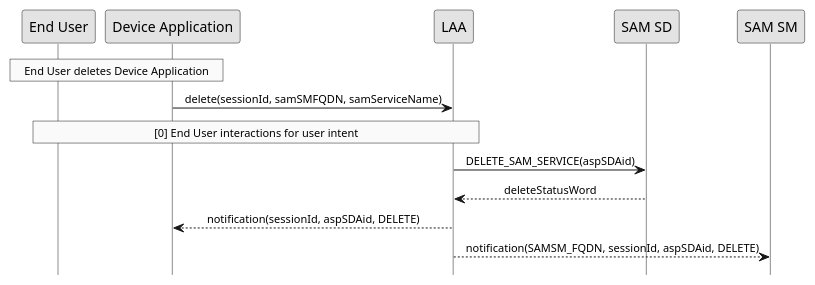
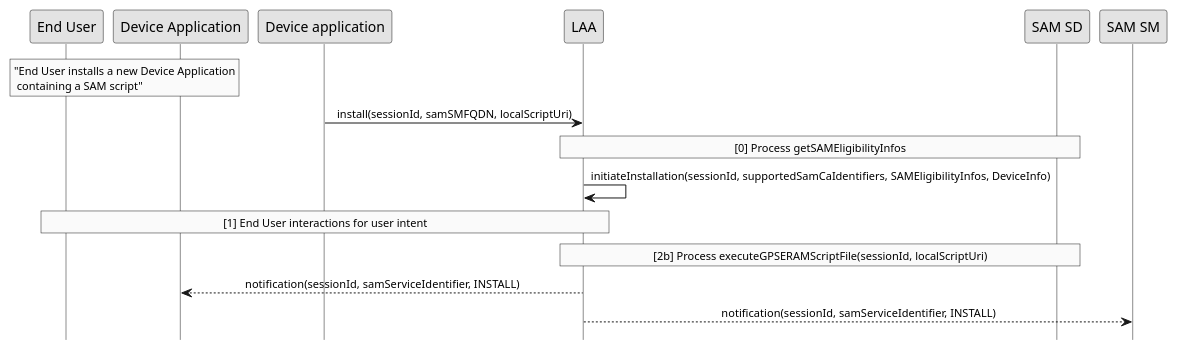
One commit to gaelrgerard/laa changed the diagram in doc/uml/delete-device-app.pu. Above: the diagram before and after it, drawn with PlantUML.

Commit message:
Update delete-device-app.pu
test

```diff
--- a/doc/uml/delete-device-app.pu
+++ b/doc/uml/delete-device-app.pu
@@ -1,27 +1,35 @@
 @startuml
-
+ 
 hide footbox
 skinparam sequenceMessageAlign center
 skinparam sequenceArrowFontSize 11
 skinparam noteFontSize 11
 skinparam monochrome true
 skinparam lifelinestrategy solid
- 
+
+
 rnote over "End User", "Device Application"
-     End User deletes Device Application
+     "End User installs a new Device Application
+      containing a SAM script"
 end rnote
 
-"Device Application" -> LAA : delete(sessionId, samSMFQDN, samServiceName)
+"Device application" -> LAA : install(sessionId, samSMFQDN, localScriptUri)
+
+rnote over "LAA", "SAM SD"
+     [0] Process getSAMEligibilityInfos
+end rnote
+
+"LAA" -> "LAA" : initiateInstallation(sessionId, supportedSamCaIdentifiers, SAMEligibilityInfos, DeviceInfo)
 
 rnote over "LAA", "End User"
-     [0] End User interactions for user intent
+     [1] End User interactions for user intent
+end rnote
+
+rnote over "LAA", "SAM SD"
+     [2b] Process executeGPSERAMScriptFile(sessionId, localScriptUri)
 end rnote
  
-"LAA" -> "SAM SD" : DELETE_SAM_SERVICE(aspSDAid) 
-"SAM SD" --> LAA : deleteStatusWord
-
+LAA --> "Device Application" : notification(sessionId, samServiceIdentifier, INSTALL)
  
-LAA --> "Device Application" : notification(sessionId, aspSDAid, DELETE)
- 
-LAA --> "SAM SM" : notification(SAMSM_FQDN, sessionId, aspSDAid, DELETE)
+LAA --> "SAM SM" : notification(sessionId, samServiceIdentifier, INSTALL)
 @enduml
```
